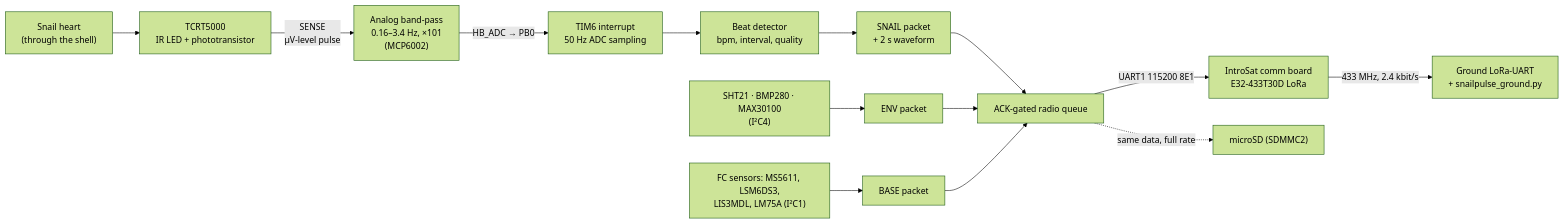
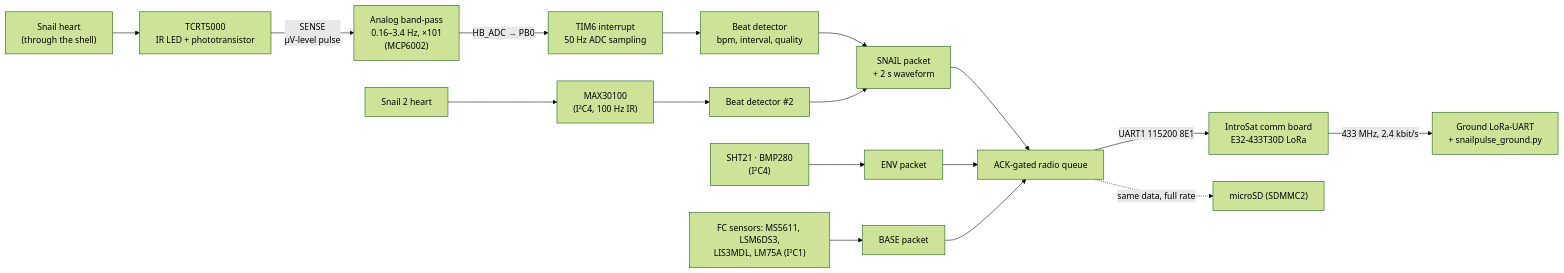
Before and after one commit to notazizelse/Orbita26: the diagram in docs/Firmware_and_Integration.md, drawn with Mermaid (forest theme). The commit also changed other lines of this file and 24 other files, not shown here.

First line of the commit message:
Two snails (TCRT5000 + MAX30100), drop the second BMP280 (fw 1.3)

````diff
--- a/docs/Firmware_and_Integration.md
+++ b/docs/Firmware_and_Integration.md
@@ -11,14 +11,17 @@
 ```mermaid
 flowchart LR
   S["Snail heart<br/>(through the shell)"] --> T["TCRT5000<br/>IR LED + phototransistor"]
   T -->|"SENSE<br/>µV-level pulse"| A["Analog band-pass<br/>0.16–3.4 Hz, ×101<br/>(MCP6002)"]
   A -->|"HB_ADC → PB0"| ISR["TIM6 interrupt<br/>50 Hz ADC sampling"]
   ISR --> DET["Beat detector<br/>bpm, interval, quality"]
   DET --> PKT["SNAIL packet<br/>+ 2 s waveform"]
-  ENV["SHT21 · BMP280 · MAX30100<br/>(I²C4)"] --> PKT2["ENV packet"]
+  S2["Snail 2 heart"] --> MX["MAX30100<br/>(I²C4, 100 Hz IR)"]
+  MX --> DET2["Beat detector #2"]
+  DET2 --> PKT
+  ENV["SHT21 · BMP280<br/>(I²C4)"] --> PKT2["ENV packet"]
   FC["FC sensors: MS5611, LSM6DS3,<br/>LIS3MDL, LM75A (I²C1)"] --> PKT3["BASE packet"]
   PKT & PKT2 & PKT3 --> Q["ACK-gated radio queue"]
   Q -->|"UART1 115200 8E1"| CB["IntroSat comm board<br/>E32-433T30D LoRa"]
   CB -->|"433 MHz, 2.4 kbit/s"| GS["Ground LoRa-UART<br/>+ snailpulse_ground.py"]
   Q -.->|"same data, full rate"| SD["microSD (SDMMC2)"]
 ```
````
